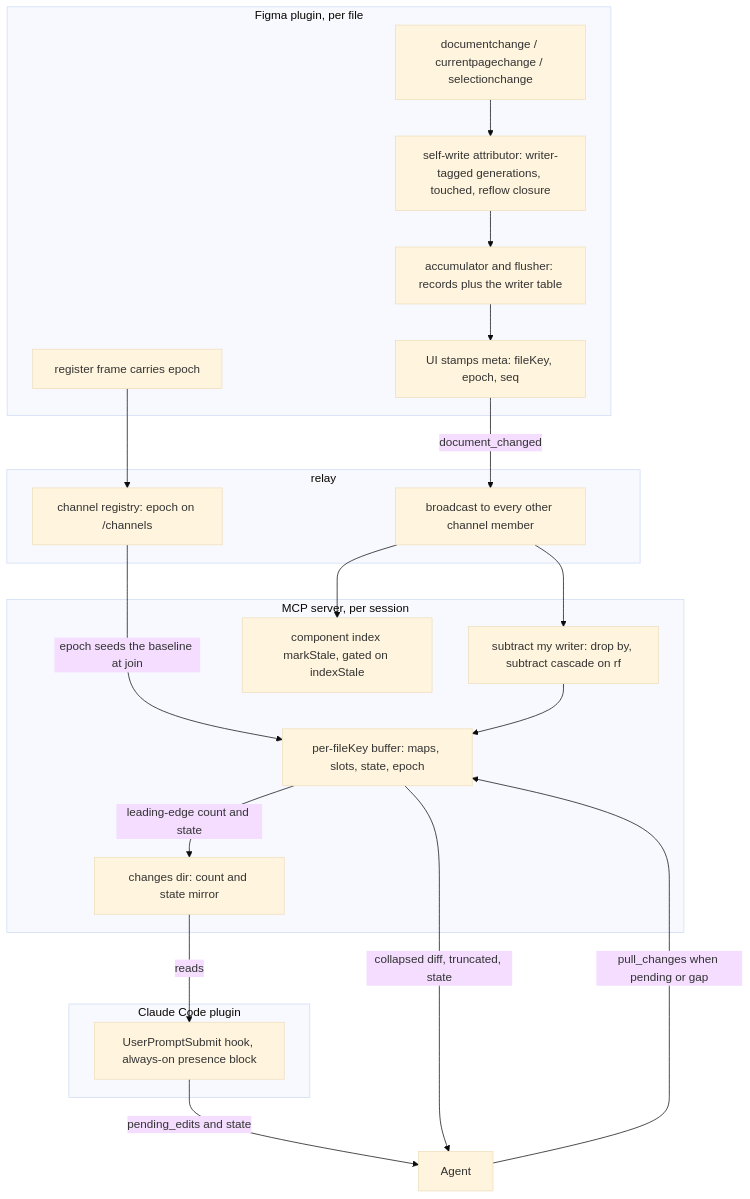
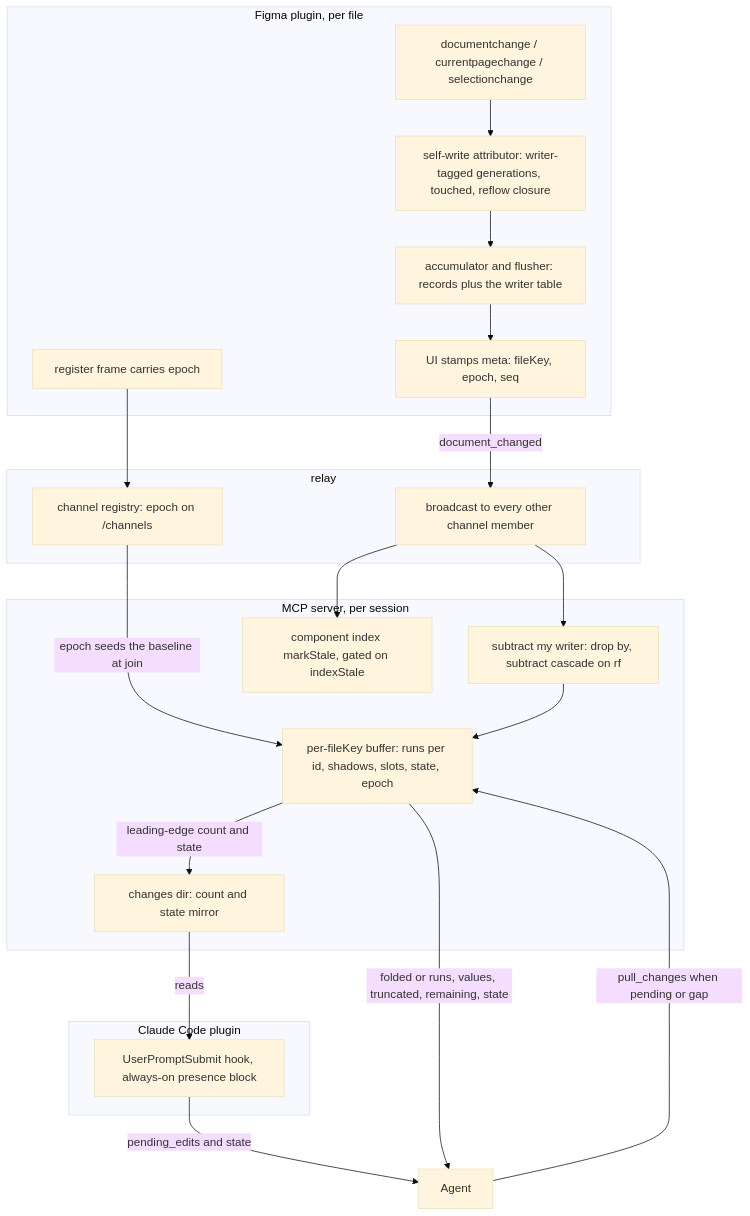
Before and after one commit to yleilu/figma-agent-bridge: the third of 3 diagrams in docs/specs/change-feed.md, drawn with Mermaid (base theme). The commit also changed other lines of this file, not shown here.

````diff
--- a/docs/specs/change-feed.md
+++ b/docs/specs/change-feed.md
@@ -1485,33 +1976,33 @@
 ```mermaid
 flowchart TB
     subgraph Plugin["Figma plugin, per file"]
         L["documentchange / currentpagechange / selectionchange"]
         G["self-write attributor: writer-tagged generations, touched, reflow closure"]
         A["accumulator and flusher: records plus the writer table"]
         UM["UI stamps meta: fileKey, epoch, seq"]
         R["register frame carries epoch"]
     end
     subgraph Relay["relay"]
         REG["channel registry: epoch on /channels"]
         BC["broadcast to every other channel member"]
     end
     subgraph Server["MCP server, per session"]
         SUB["subtract my writer: drop by, subtract cascade on rf"]
-        BUF["per-fileKey buffer: maps, slots, state, epoch"]
+        BUF["per-fileKey buffer: runs per id, shadows, slots, state, epoch"]
         CF["changes dir: count and state mirror"]
         IDX["component index markStale, gated on indexStale"]
     end
     subgraph CC["Claude Code plugin"]
         HK["UserPromptSubmit hook, always-on presence block"]
     end
     L --> G --> A --> UM -->|document_changed| BC
     R --> REG
     REG -->|epoch seeds the baseline at join| BUF
     BC --> SUB --> BUF
     BC --> IDX
     BUF -->|leading-edge count and state| CF
     CF -->|reads| HK
     HK -->|pending_edits and state| Agent
     Agent -->|pull_changes when pending or gap| BUF
-    BUF -->|collapsed diff, truncated, state| Agent
+    BUF -->|folded or runs, values, truncated, remaining, state| Agent
 ```
````
